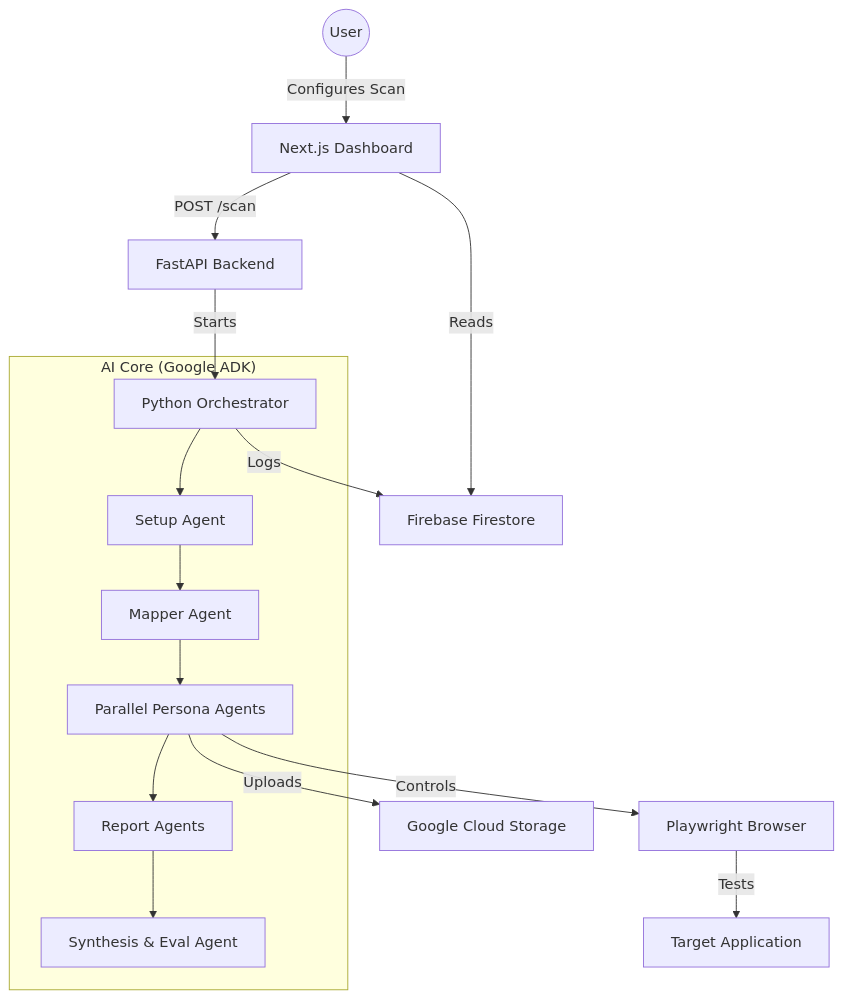
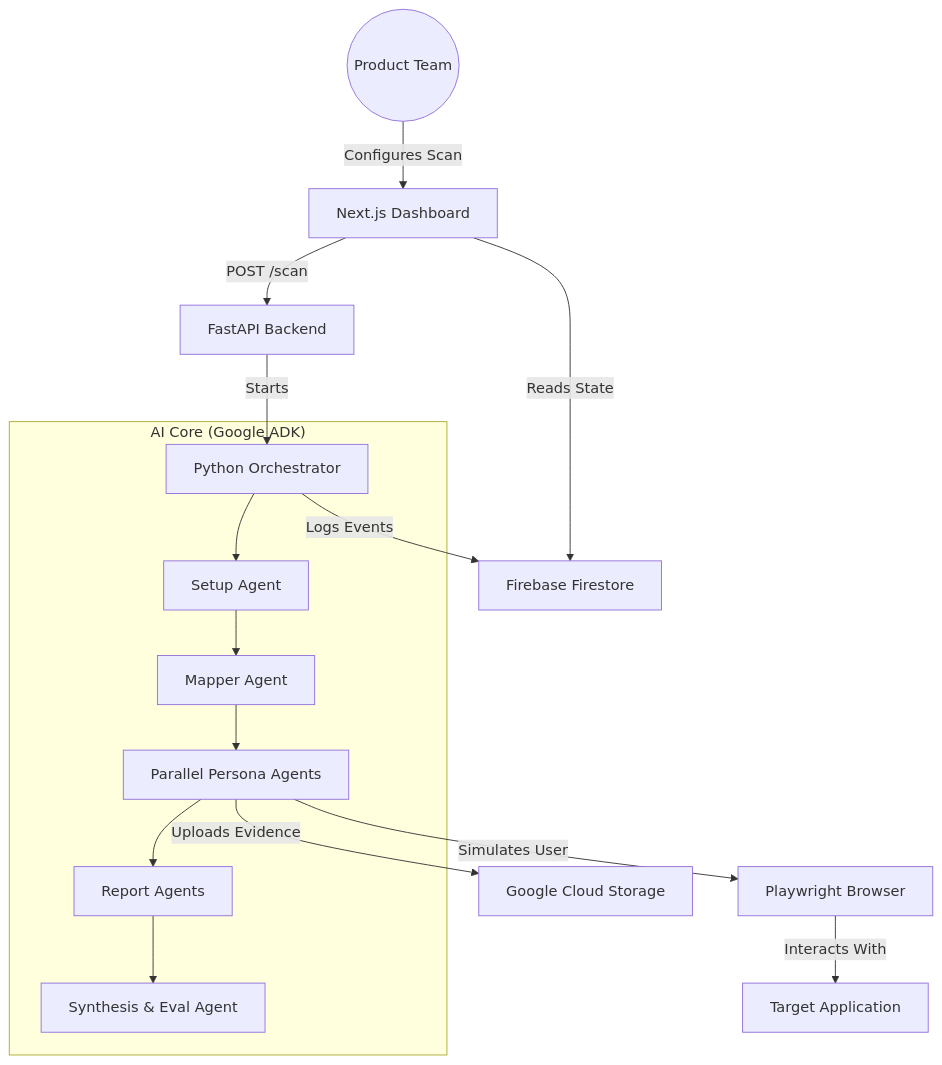
Before and after one commit to Shruti022/scriptsim: the diagram in README.md, drawn with Mermaid. The commit also changed other lines of this file, not shown here.

````diff
--- a/README.md
+++ b/README.md
@@ -41,21 +35,21 @@
 ```mermaid
 graph TD
-    User((User)) -->|Configures Scan| Dashboard[Next.js Dashboard]
+    User((Product Team)) -->|Configures Scan| Dashboard[Next.js Dashboard]
     Dashboard -->|POST /scan| API[FastAPI Backend]
     API -->|Starts| Orchestrator[Python Orchestrator]
     
     subgraph "AI Core (Google ADK)"
         Orchestrator --> Setup[Setup Agent]
         Setup --> Mapper[Mapper Agent]
         Mapper --> Parallel[Parallel Persona Agents]
         Parallel --> Report[Report Agents]
         Report --> Synthesis[Synthesis & Eval Agent]
     end
     
-    Parallel -->|Controls| Browser[Playwright Browser]
-    Browser -->|Tests| TargetApp[Target Application]
+    Parallel -->|Simulates User| Browser[Playwright Browser]
+    Browser -->|Interacts With| TargetApp[Target Application]
     
-    Parallel -->|Uploads| GCS[Google Cloud Storage]
-    Orchestrator -->|Logs| Firestore[Firebase Firestore]
-    Dashboard -->|Reads| Firestore
+    Parallel -->|Uploads Evidence| GCS[Google Cloud Storage]
+    Orchestrator -->|Logs Events| Firestore[Firebase Firestore]
+    Dashboard -->|Reads State| Firestore
 ```
````
